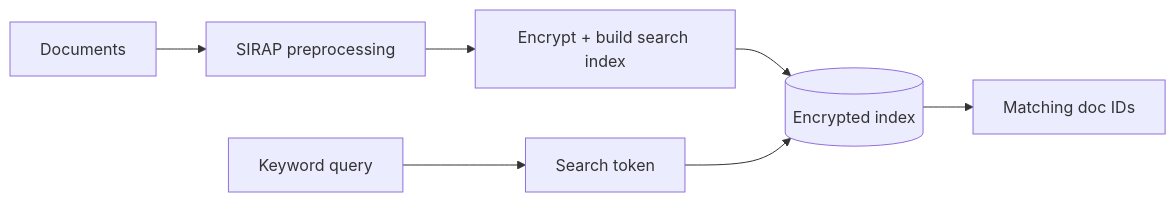
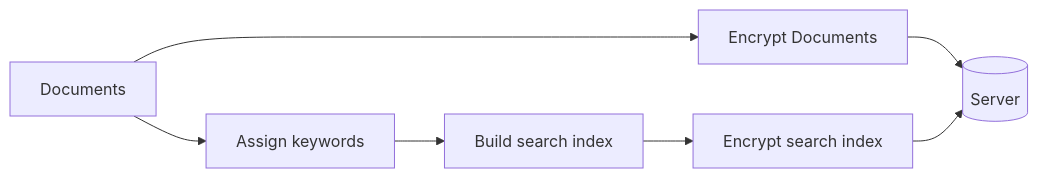
The diagram in _posts/2026-08-10-sirap.md (testoupr/testoupr.github.io), drawn with Mermaid before and after one commit. The commit also changed other lines of this file, not shown here.

Commit message:
Improved SIRAP

````diff
--- a/_posts/2026-08-10-sirap.md
+++ b/_posts/2026-08-10-sirap.md
@@ -40,9 +73,9 @@
 ```mermaid
 flowchart LR
-    D[Documents] --> P[SIRAP preprocessing]
-    P --> E[Encrypt + build search index]
-    E --> DB[(Encrypted index)]
-    Q[Keyword query] --> T[Search token]
-    T --> DB
-    DB --> R[Matching doc IDs]
+    D[Documents] --> P[Assign keywords]
+    D --> E[Encrypt Documents]
+    E --> DB[(Server)]
+    P --> IDX[Build search index]
+    IDX --> EID[Encrypt search index]
+    EID --> DB
 ```
````
